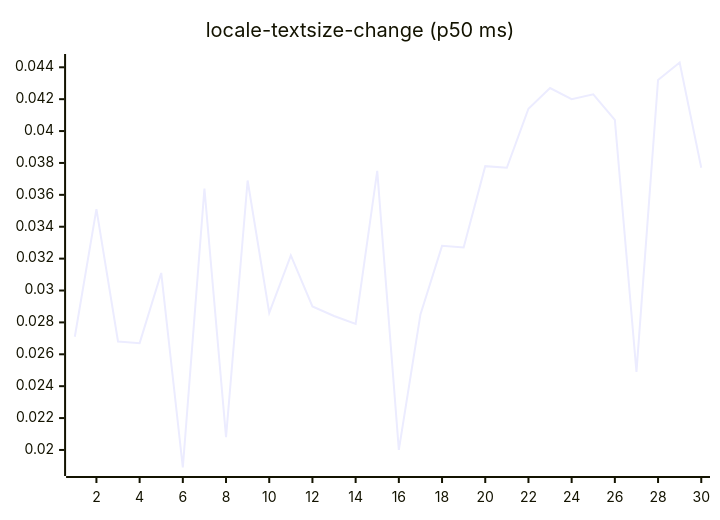
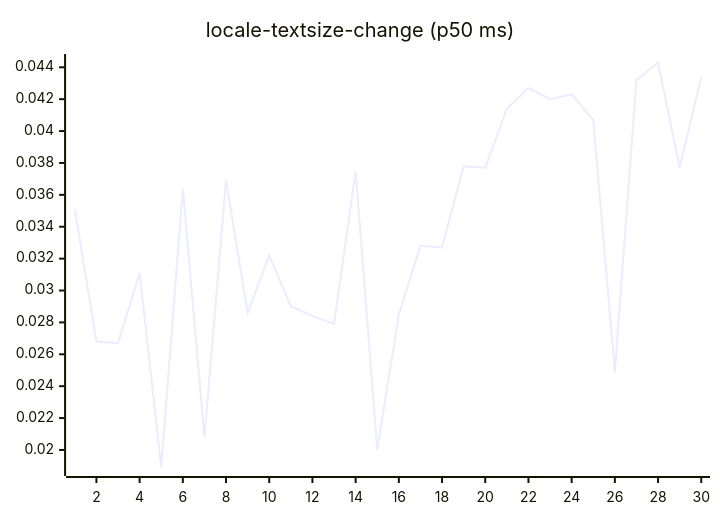
One commit to josha/Facet changed diagram 13 of 27 in README.md. Above: the diagram before and after it, drawn with Mermaid. The commit also changed other lines of this file and 2 other files, not shown here.

````diff
--- a/README.md
+++ b/README.md
@@ -147,6 +147,6 @@
 ```mermaid
 xychart-beta
     title "locale-textsize-change (p50 ms)"
     x-axis 1 --> 30
-    line [0.0271, 0.0351, 0.0268, 0.0267, 0.0311, 0.0189, 0.0364, 0.0208, 0.0369, 0.0286, 0.0322, 0.0290, 0.0284, 0.0279, 0.0375, 0.0200, 0.0285, 0.0328, 0.0327, 0.0378, 0.0377, 0.0414, 0.0427, 0.0420, 0.0423, 0.0407, 0.0249, 0.0432, 0.0443, 0.0377]
+    line [0.0351, 0.0268, 0.0267, 0.0311, 0.0189, 0.0364, 0.0208, 0.0369, 0.0286, 0.0322, 0.0290, 0.0284, 0.0279, 0.0375, 0.0200, 0.0285, 0.0328, 0.0327, 0.0378, 0.0377, 0.0414, 0.0427, 0.0420, 0.0423, 0.0407, 0.0249, 0.0432, 0.0443, 0.0377, 0.0434]
 ```
````
